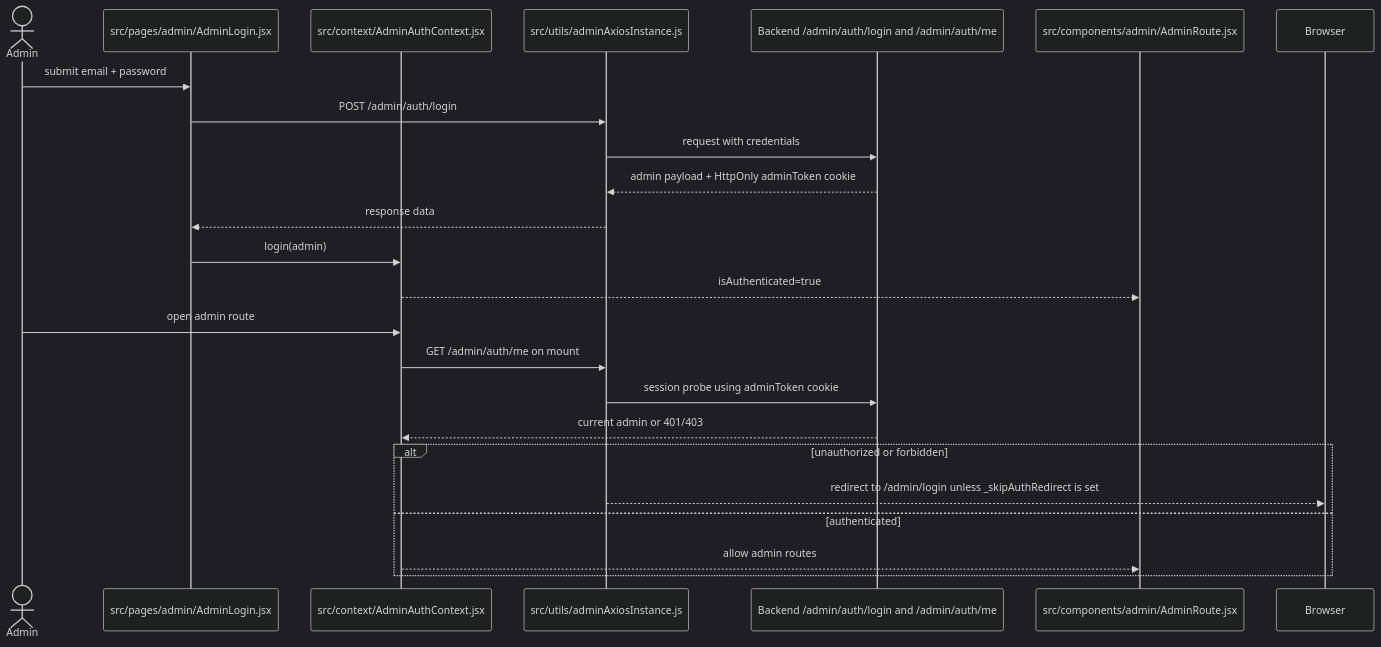
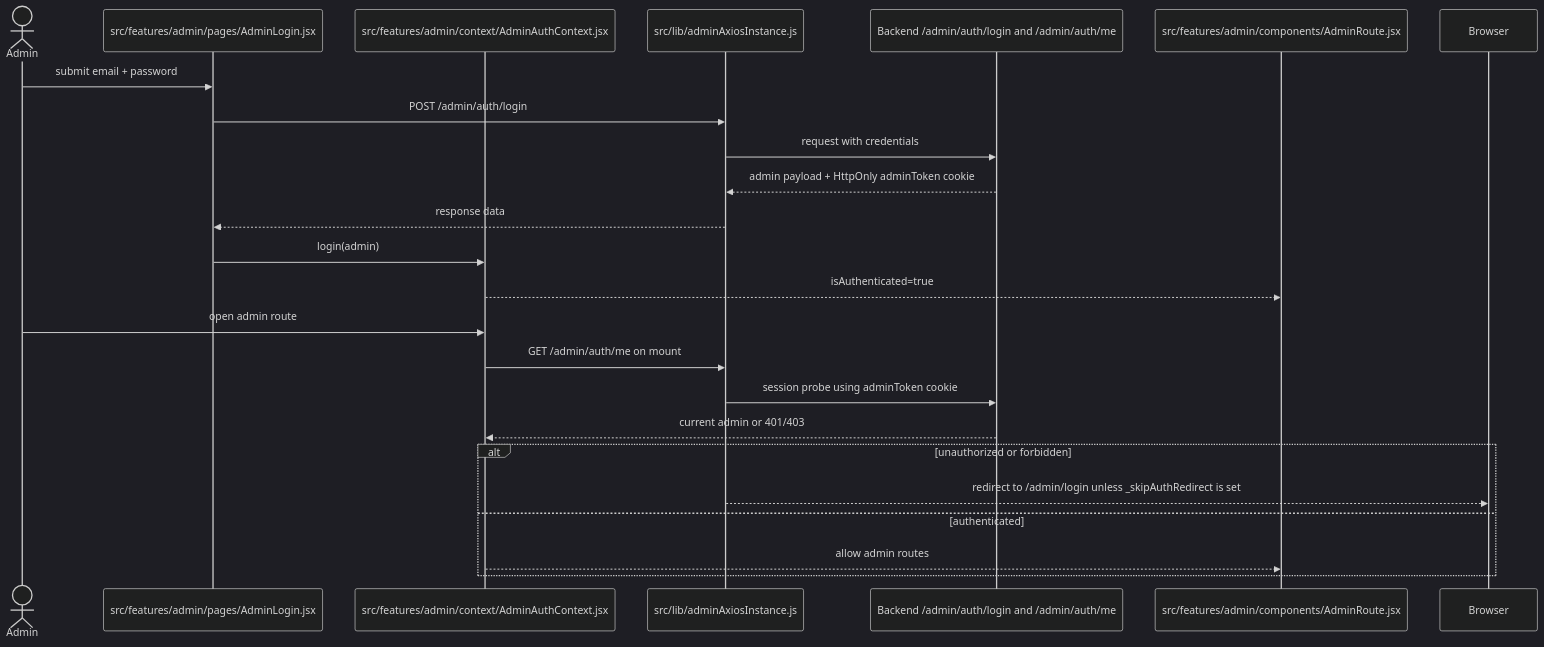
One commit to anushlobo-git/Leapmentor-frontend changed the diagram in docs/diagrams/admin-auth-flow.md. Above: the diagram before and after it, drawn with Mermaid (dark theme). The commit also changed 113 other files, not shown here.

Commit message:
admin pages sonar-Issues solved

````diff
--- a/docs/diagrams/admin-auth-flow.md
+++ b/docs/diagrams/admin-auth-flow.md
@@ -3,26 +3,26 @@
 ```mermaid
 sequenceDiagram
   actor Admin
-  participant Login as src/pages/admin/AdminLogin.jsx
-  participant Context as src/context/AdminAuthContext.jsx
-  participant AdminAxios as src/utils/adminAxiosInstance.js
+  participant Login as src/features/admin/pages/AdminLogin.jsx
+  participant Context as src/features/admin/context/AdminAuthContext.jsx
+  participant AdminAxios as src/lib/adminAxiosInstance.js
   participant API as Backend /admin/auth/login and /admin/auth/me
-  participant Guard as src/components/admin/AdminRoute.jsx
+  participant Guard as src/features/admin/components/AdminRoute.jsx
 
   Admin->>Login: submit email + password
   Login->>AdminAxios: POST /admin/auth/login
   AdminAxios->>API: request with credentials
   API-->>AdminAxios: admin payload + HttpOnly adminToken cookie
   AdminAxios-->>Login: response data
   Login->>Context: login(admin)
   Context-->>Guard: isAuthenticated=true
   Admin->>Context: open admin route
   Context->>AdminAxios: GET /admin/auth/me on mount
   AdminAxios->>API: session probe using adminToken cookie
   API-->>Context: current admin or 401/403
   alt unauthorized or forbidden
     AdminAxios-->>Browser: redirect to /admin/login unless _skipAuthRedirect is set
   else authenticated
     Context-->>Guard: allow admin routes
   end
 ```
````
